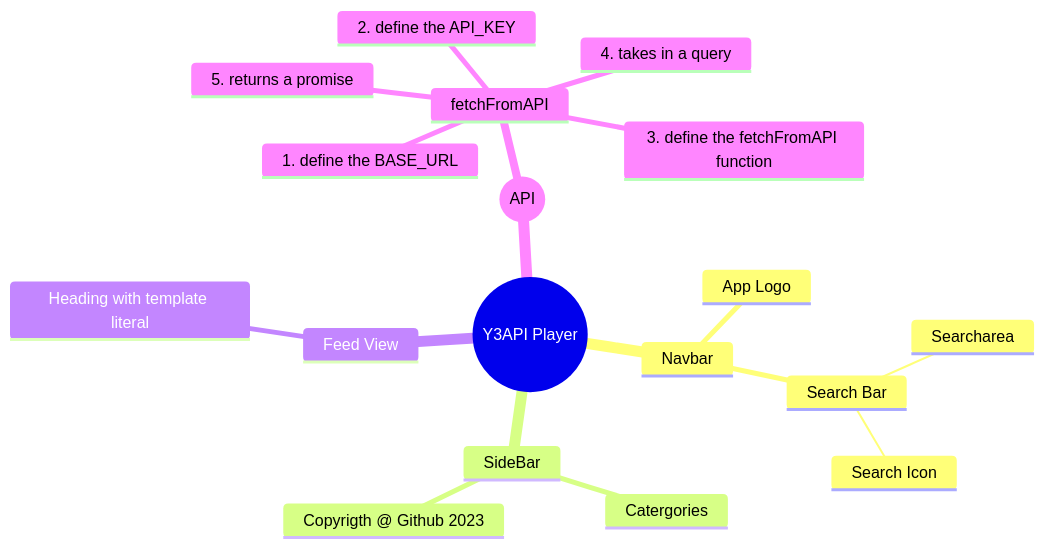
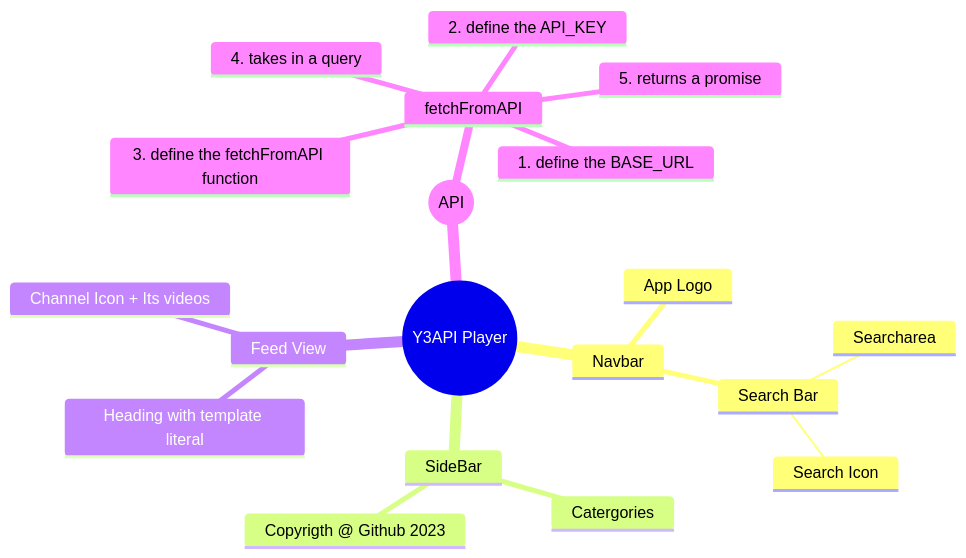
Before and after one commit to mailforwork/youtube-clone: the diagram in README.mmd, drawn with Mermaid. The commit also changed 2 other files, not shown here.

Commit message:
Added Video Cards and Channel Card

```diff
--- a/README.mmd
+++ b/README.mmd
@@ -1,22 +1,23 @@
 
 mindmap
   root((Y3API Player))
     Navbar
      App Logo 
      Search Bar  
       Searcharea
       Search Icon
     SideBar
       Catergories
       Copyrigth @ Github 2023
     Feed View
       Heading with template literal
+      Channel Icon + Its videos
 
 
    root((API))
     fetchFromAPI
      1. define the BASE_URL
      2. define the API_KEY
      3. define the fetchFromAPI function
      4. takes in a query
      5. returns a promise
```
